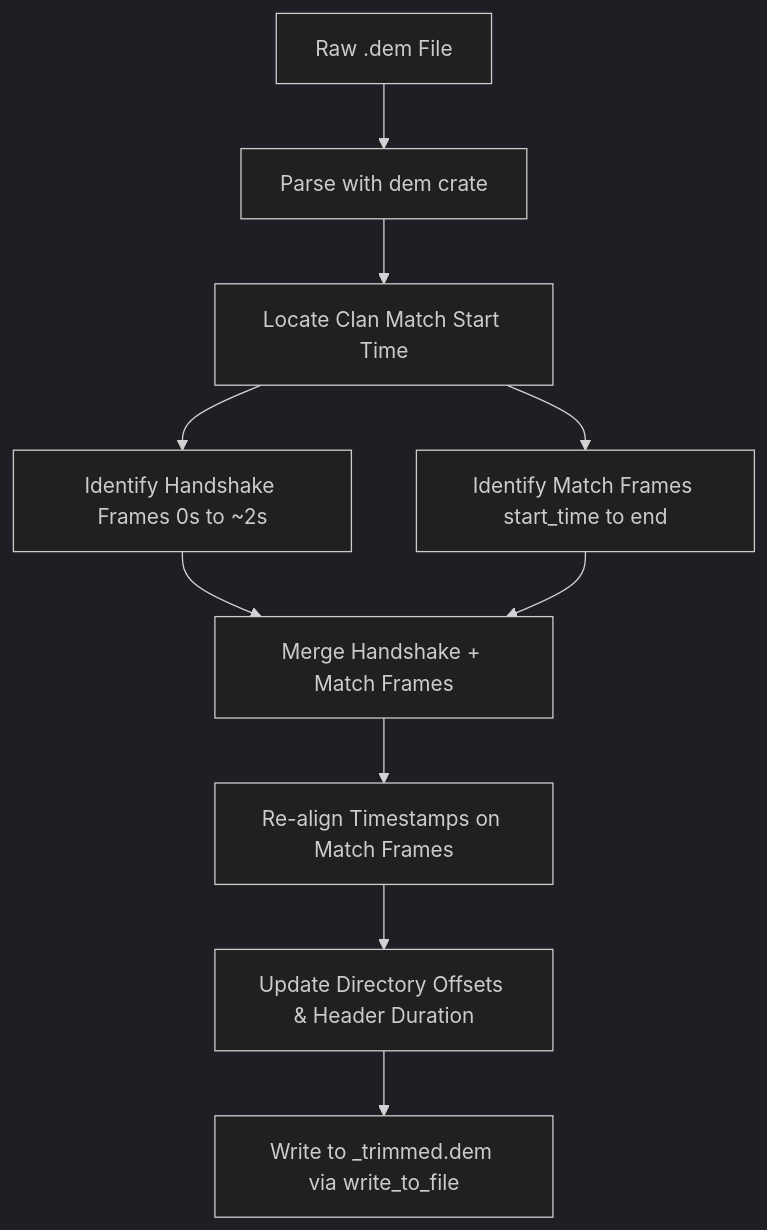
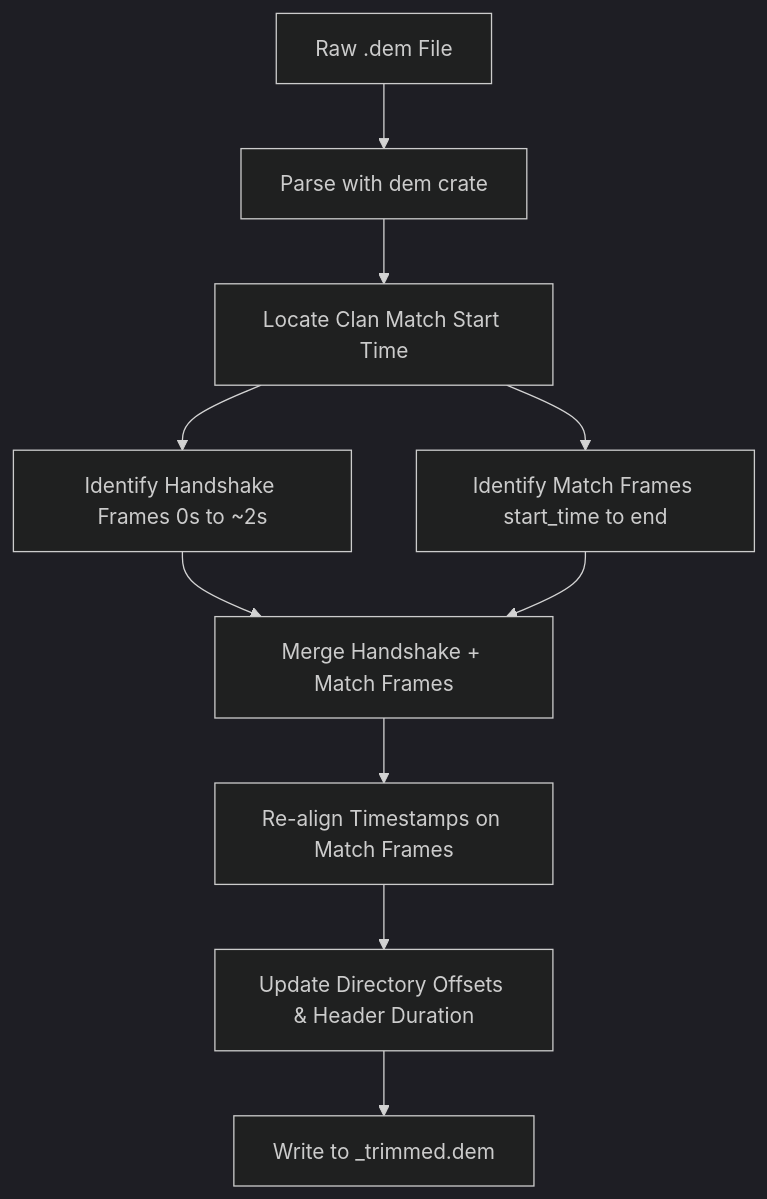
Before and after one commit to ccoventry/dod-tools: the diagram in backlog.md, drawn with Mermaid (dark theme). The commit also changed other lines of this file and 11 other files, not shown here.

````diff
--- a/backlog.md
+++ b/backlog.md
@@ -27,12 +48,12 @@
 ```mermaid
 graph TD
     A[Raw .dem File] --> B[Parse with dem crate]
     B --> C[Locate Clan Match Start Time]
     C --> D[Identify Handshake Frames 0s to ~2s]
     C --> E[Identify Match Frames start_time to end]
     D --> F[Merge Handshake + Match Frames]
     E --> F
     F --> G[Re-align Timestamps on Match Frames]
     G --> H[Update Directory Offsets & Header Duration]
-    H --> I[Write to _trimmed.dem via write_to_file]
+    H --> I[Write to _trimmed.dem]
 ```
````
